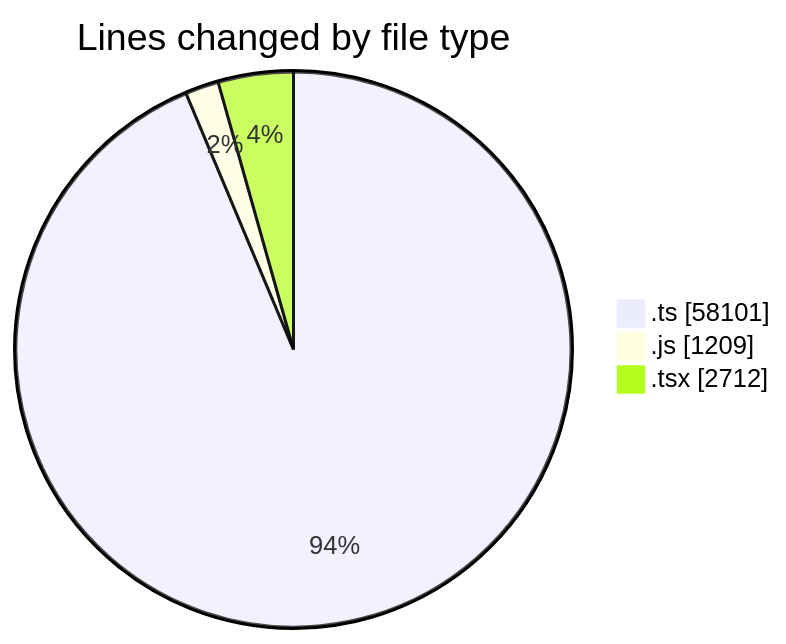
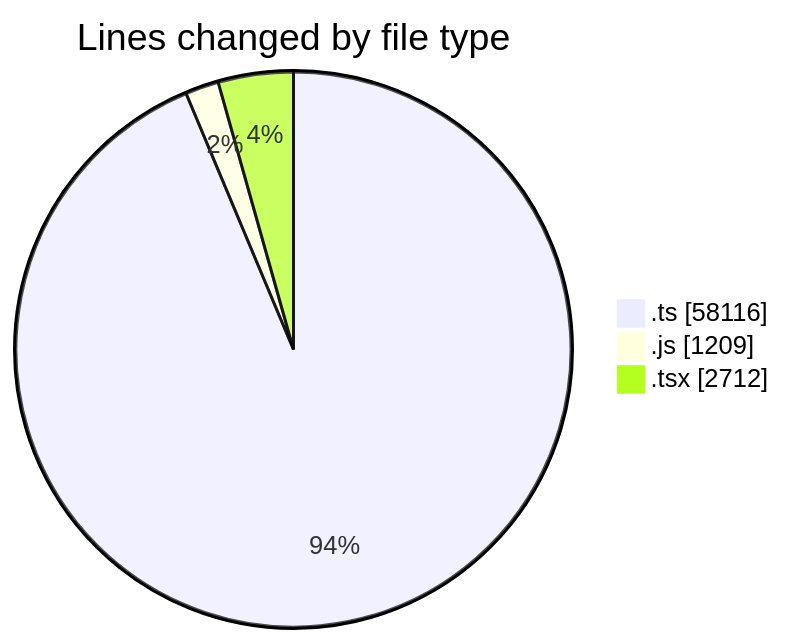
Before and after one commit to momahboobian/code-tracking: the first of 2 diagrams in 2026-11-03/cda/README.md, drawn with Mermaid. The commit also changed other lines of this file and 1 other file, not shown here.

````diff
--- a/2026-11-03/cda/README.md
+++ b/2026-11-03/cda/README.md
@@ -53,7 +53,7 @@
 ```mermaid
 pie showData
 title Lines changed by file type
-".ts" : 58101
+".ts" : 58116
 ".js" : 1209
 ".tsx" : 2712
 ```
````
